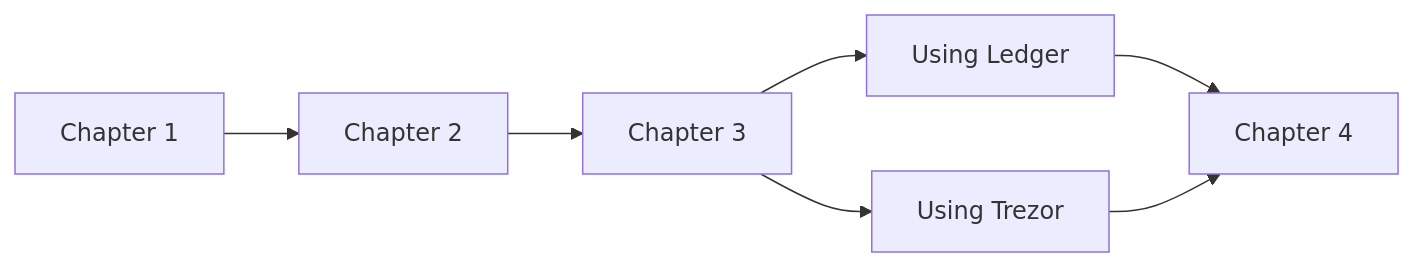
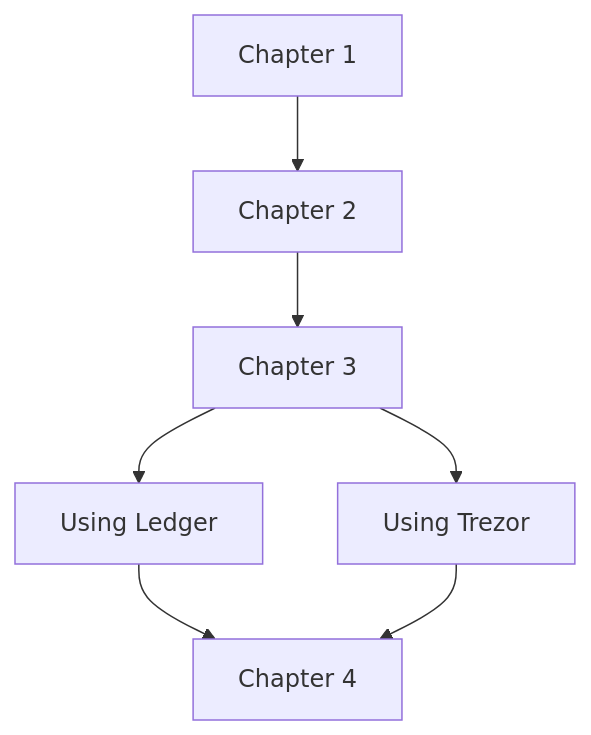
Before and after one commit to dberweger2017/deepcfr-texas-no-limit-holdem-6-players: the diagram in FUTURE_IMPROVEMENTS.md, drawn with Mermaid.

Commit message:
Change flowchart direction from LR to TD in FUTURE_IMPROVEMENTS.md

````diff
--- a/FUTURE_IMPROVEMENTS.md
+++ b/FUTURE_IMPROVEMENTS.md
@@ -14,8 +14,8 @@
 ```mermaid
-flowchart LR
+flowchart TD
     a[Chapter 1] --> b[Chapter 2] --> c[Chapter 3]
     c-->d[Using Ledger]
     c-->e[Using Trezor]
     d-->f[Chapter 4]
     e-->f
 ```
````
